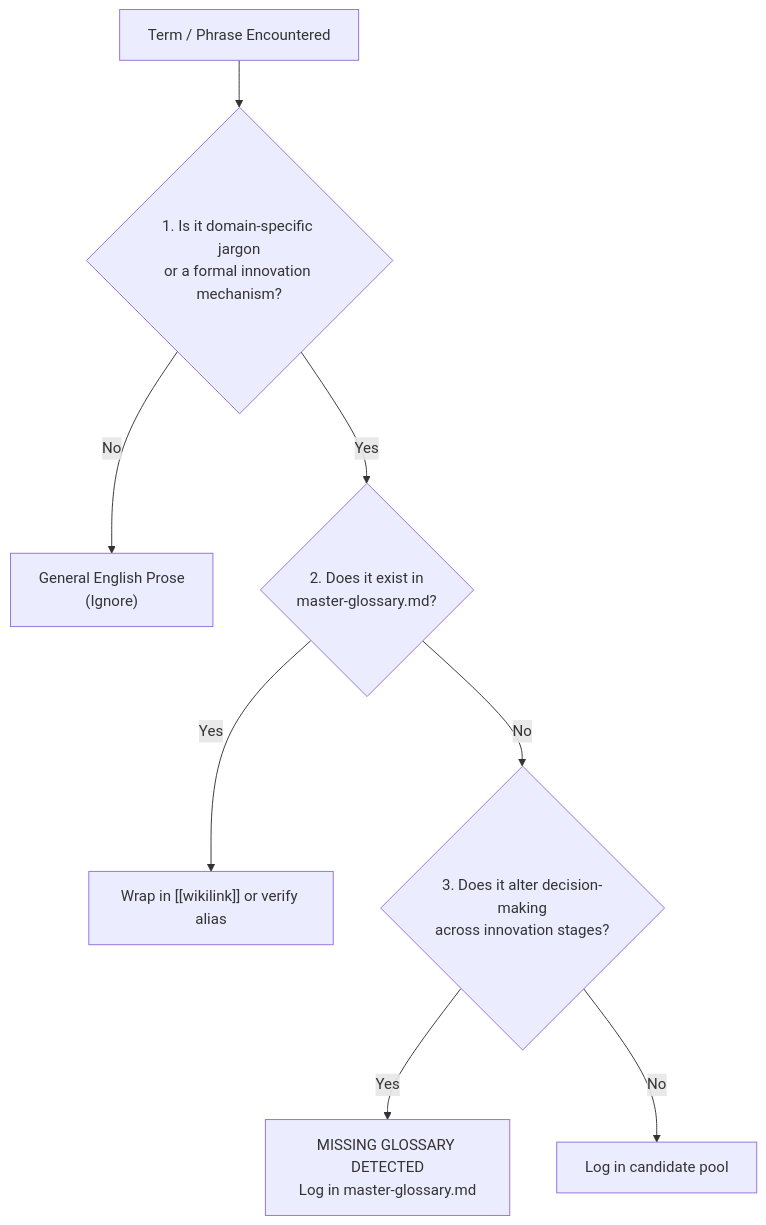
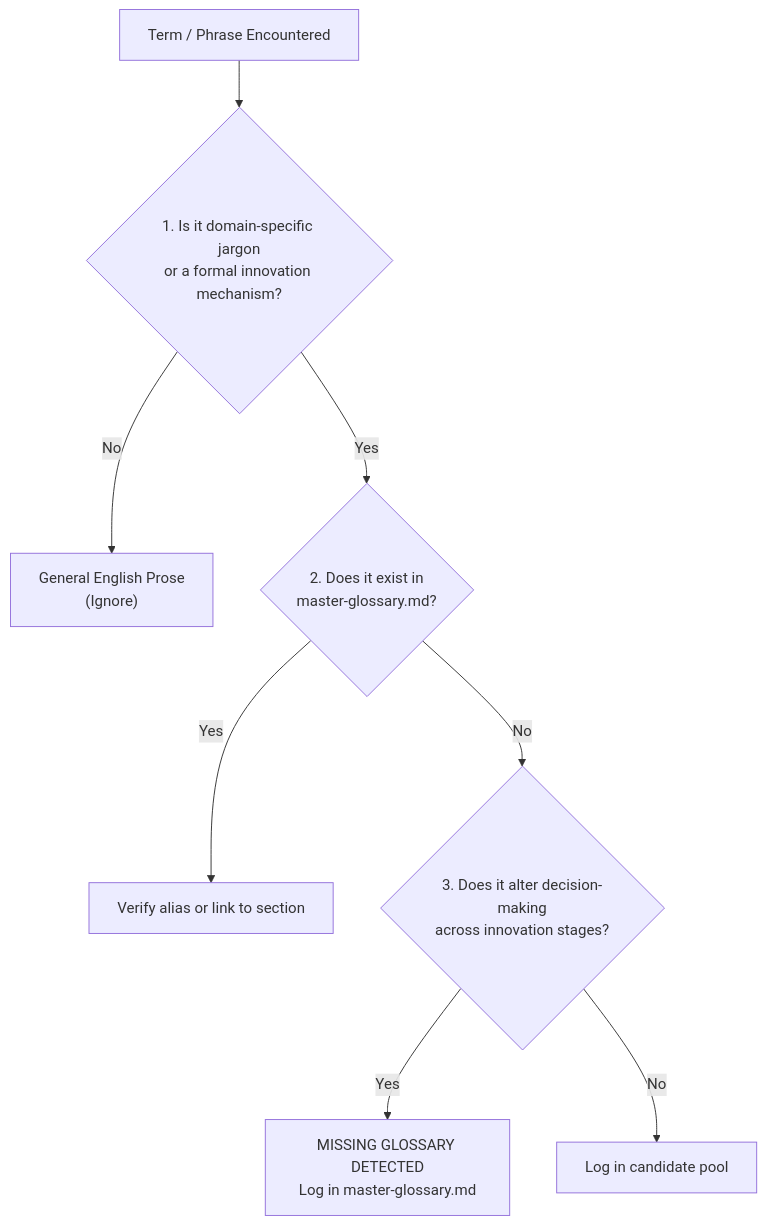
The diagram in glossaries/glossary-detection-guide.md (nghuyenthevinh2000/innovation-research), drawn with Mermaid before and after one commit. The commit also changed other lines of this file and 5 other files, not shown here.

````diff
--- a/glossaries/glossary-detection-guide.md
+++ b/glossaries/glossary-detection-guide.md
@@ -39,10 +39,10 @@
 ```mermaid
 flowchart TD
     Word["Term / Phrase Encountered"] --> Q1{"1. Is it domain-specific jargon<br/>or a formal innovation mechanism?"}
     Q1 -- No --> Ignore["General English Prose<br/>(Ignore)"]
     Q1 -- Yes --> Q2{"2. Does it exist in<br/>master-glossary.md?"}
-    Q2 -- Yes --> Link["Wrap in [[wikilink]] or verify alias"]
+    Q2 -- Yes --> Link["Verify alias or link to section"]
     Q2 -- No --> Q3{"3. Does it alter decision-making<br/>across innovation stages?"}
     Q3 -- Yes --> Add["MISSING GLOSSARY DETECTED<br/>Log in master-glossary.md"]
     Q3 -- No --> Track["Log in candidate pool"]
 ```
````
